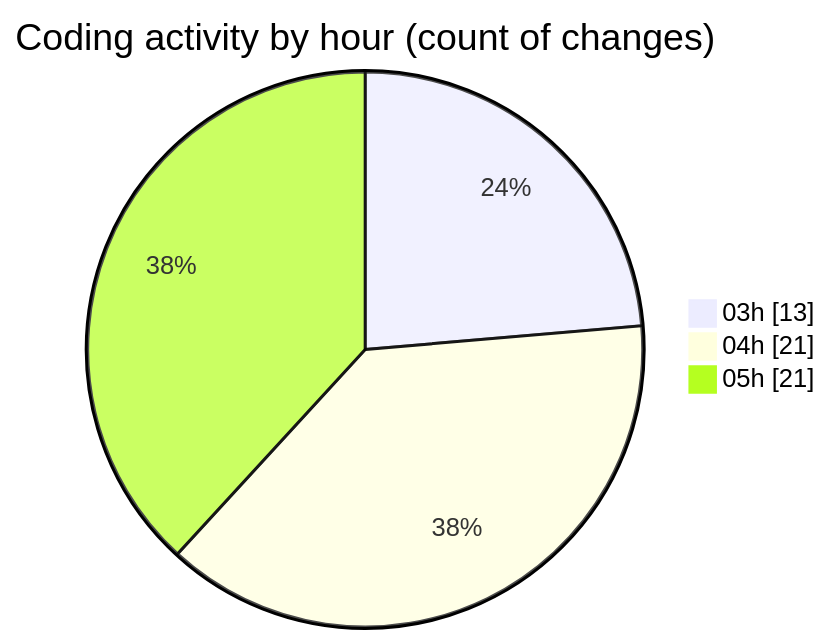
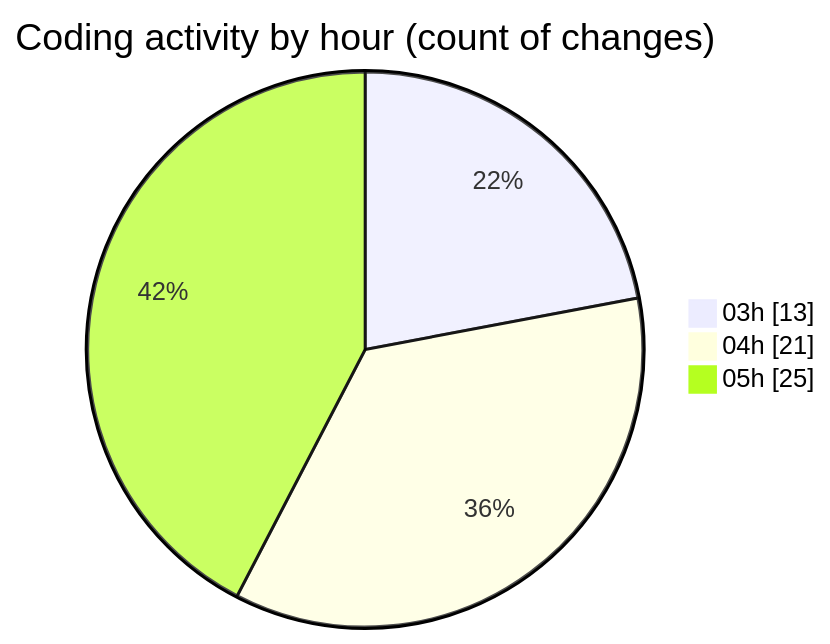
Before and after one commit to shibass792/code-tracking: the second of 2 diagrams in 2026-07-15/shibass-ai/README.md, drawn with Mermaid. The commit also changed other lines of this file and 1 other file, not shown here.

````diff
--- a/2026-07-15/shibass-ai/README.md
+++ b/2026-07-15/shibass-ai/README.md
@@ -42,7 +42,7 @@
 ```mermaid
 pie showData
 title Coding activity by hour (count of changes)
 "03h" : 13
 "04h" : 21
-"05h" : 21
+"05h" : 25
 ```
````
